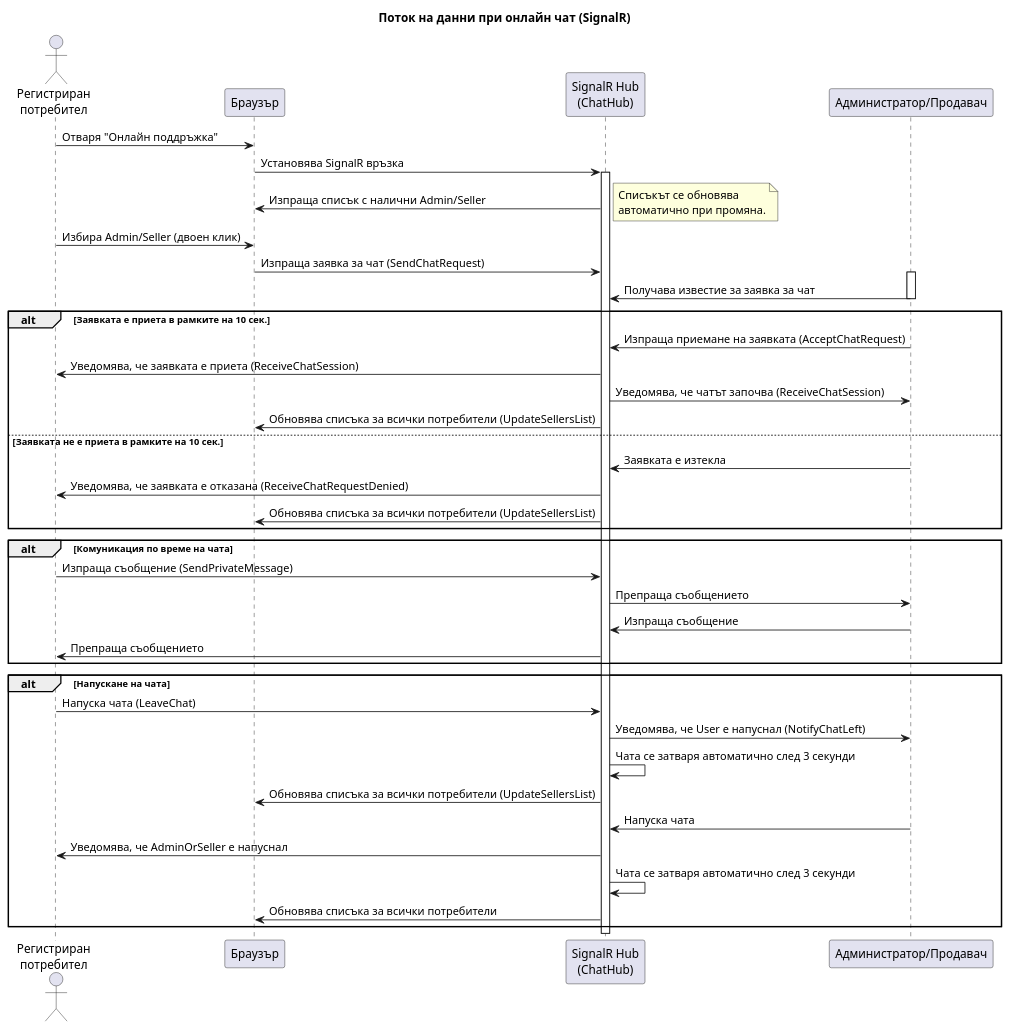
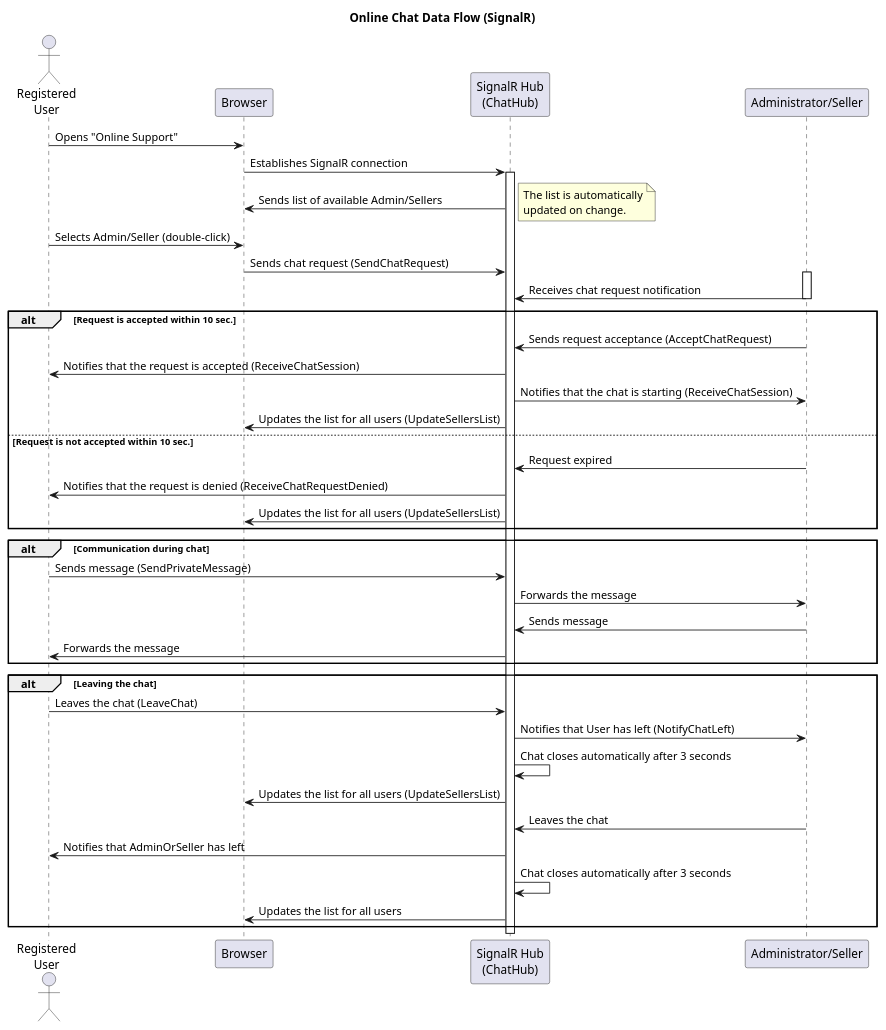
Before and after one commit to Kras13/AutoParts_ShopAndForum: the diagram in Diagrams/5.System design/OnlineChat.puml, drawn with PlantUML. The commit also changed 18 other files, not shown here.

Commit message:
Some diagrams.

```diff
--- a/Diagrams/5.System design/OnlineChat.puml
+++ b/Diagrams/5.System design/OnlineChat.puml
@@ -1,55 +1,55 @@
 @startuml OnlineChat
-title Поток на данни при онлайн чат (SignalR)
+title Online Chat Data Flow (SignalR)
 
-actor "Регистриран\nпотребител" as User
-participant "Браузър" as Browser
+actor "Registered\nUser" as User
+participant "Browser" as Browser
 participant "SignalR Hub\n(ChatHub)" as Hub
-participant "Администратор/Продавач" as AdminOrSeller
+participant "Administrator/Seller" as AdminOrSeller
 
-User -> Browser : Отваря "Онлайн поддръжка"
-Browser -> Hub : Установява SignalR връзка
+User -> Browser : Opens "Online Support"
+Browser -> Hub : Establishes SignalR connection
 activate Hub
 
-Hub -> Browser : Изпраща списък с налични Admin/Seller
+Hub -> Browser : Sends list of available Admin/Sellers
 note right
-Списъкът се обновява
-автоматично при промяна.
+The list is automatically
+updated on change.
 end note
 
-User -> Browser : Избира Admin/Seller (двоен клик)
-Browser -> Hub : Изпраща заявка за чат (SendChatRequest)
+User -> Browser : Selects Admin/Seller (double-click)
+Browser -> Hub : Sends chat request (SendChatRequest)
 
 activate AdminOrSeller
-AdminOrSeller -> Hub : Получава известие за заявка за чат
+AdminOrSeller -> Hub : Receives chat request notification
 deactivate AdminOrSeller
 
-alt Заявката е приета в рамките на 10 сек.
-    AdminOrSeller -> Hub : Изпраща приемане на заявката (AcceptChatRequest)
-    Hub -> User : Уведомява, че заявката е приета (ReceiveChatSession)
-    Hub -> AdminOrSeller : Уведомява, че чатът започва (ReceiveChatSession)
-    Hub -> Browser : Обновява списъка за всички потребители (UpdateSellersList)
-else Заявката не е приета в рамките на 10 сек.
-    AdminOrSeller -> Hub : Заявката е изтекла
-    Hub -> User : Уведомява, че заявката е отказана (ReceiveChatRequestDenied)
-    Hub -> Browser : Обновява списъка за всички потребители (UpdateSellersList)
+alt Request is accepted within 10 sec.
+    AdminOrSeller -> Hub : Sends request acceptance (AcceptChatRequest)
+    Hub -> User : Notifies that the request is accepted (ReceiveChatSession)
+    Hub -> AdminOrSeller : Notifies that the chat is starting (ReceiveChatSession)
+    Hub -> Browser : Updates the list for all users (UpdateSellersList)
+else Request is not accepted within 10 sec.
+    AdminOrSeller -> Hub : Request expired
+    Hub -> User : Notifies that the request is denied (ReceiveChatRequestDenied)
+    Hub -> Browser : Updates the list for all users (UpdateSellersList)
 end
 
-alt Комуникация по време на чата
-    User -> Hub : Изпраща съобщение (SendPrivateMessage)
-    Hub -> AdminOrSeller : Препраща съобщението
-    AdminOrSeller -> Hub : Изпраща съобщение
-    Hub -> User : Препраща съобщението
+alt Communication during chat
+    User -> Hub : Sends message (SendPrivateMessage)
+    Hub -> AdminOrSeller : Forwards the message
+    AdminOrSeller -> Hub : Sends message
+    Hub -> User : Forwards the message
 end
 
-alt Напускане на чата
-    User -> Hub : Напуска чата (LeaveChat)
-    Hub -> AdminOrSeller : Уведомява, че User е напуснал (NotifyChatLeft)
-    Hub -> Hub : Чата се затваря автоматично след 3 секунди
-    Hub -> Browser : Обновява списъка за всички потребители (UpdateSellersList)
+alt Leaving the chat
+    User -> Hub : Leaves the chat (LeaveChat)
+    Hub -> AdminOrSeller : Notifies that User has left (NotifyChatLeft)
+    Hub -> Hub : Chat closes automatically after 3 seconds
+    Hub -> Browser : Updates the list for all users (UpdateSellersList)
     
-    AdminOrSeller -> Hub : Напуска чата
-    Hub -> User : Уведомява, че AdminOrSeller е напуснал
-    Hub -> Hub : Чата се затваря автоматично след 3 секунди
-    Hub -> Browser : Обновява списъка за всички потребители
+    AdminOrSeller -> Hub : Leaves the chat
+    Hub -> User : Notifies that AdminOrSeller has left
+    Hub -> Hub : Chat closes automatically after 3 seconds
+    Hub -> Browser : Updates the list for all users
 end
 @enduml
```
